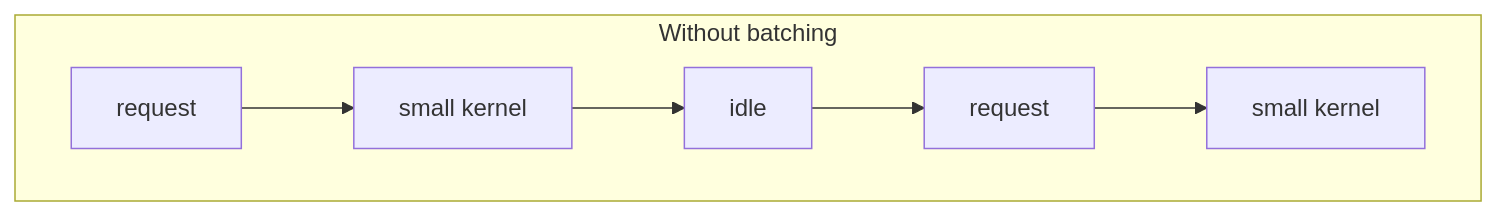
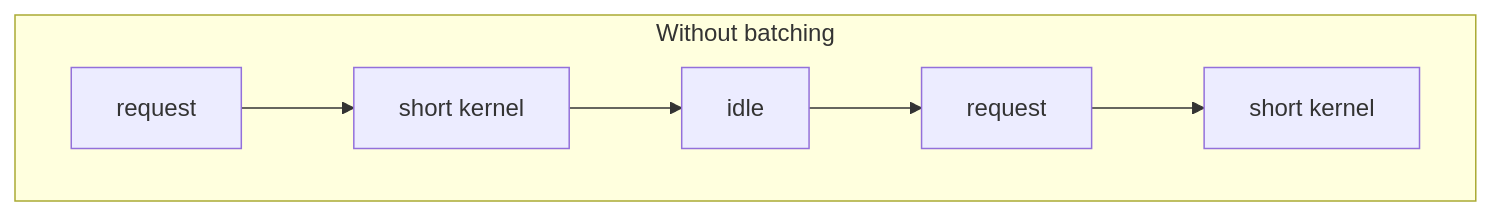
The second of 5 diagrams in systems_design/04-serving-and-artifacts.md (arpanpathak/cracking-the-systems-programming-interview), drawn with Mermaid before and after one commit. The commit also changed other lines of this file and 5 other files, not shown here.

````diff
--- a/systems_design/04-serving-and-artifacts.md
+++ b/systems_design/04-serving-and-artifacts.md
@@ -34,7 +37,7 @@
 ```mermaid
 flowchart LR
     subgraph N["Without batching"]
         direction LR
-        A1["request"] --> A2["small kernel"] --> A3["idle"] --> A4["request"] --> A5["small kernel"]
+        A1["request"] --> A2["short kernel"] --> A3["idle"] --> A4["request"] --> A5["short kernel"]
     end
 ```
````
